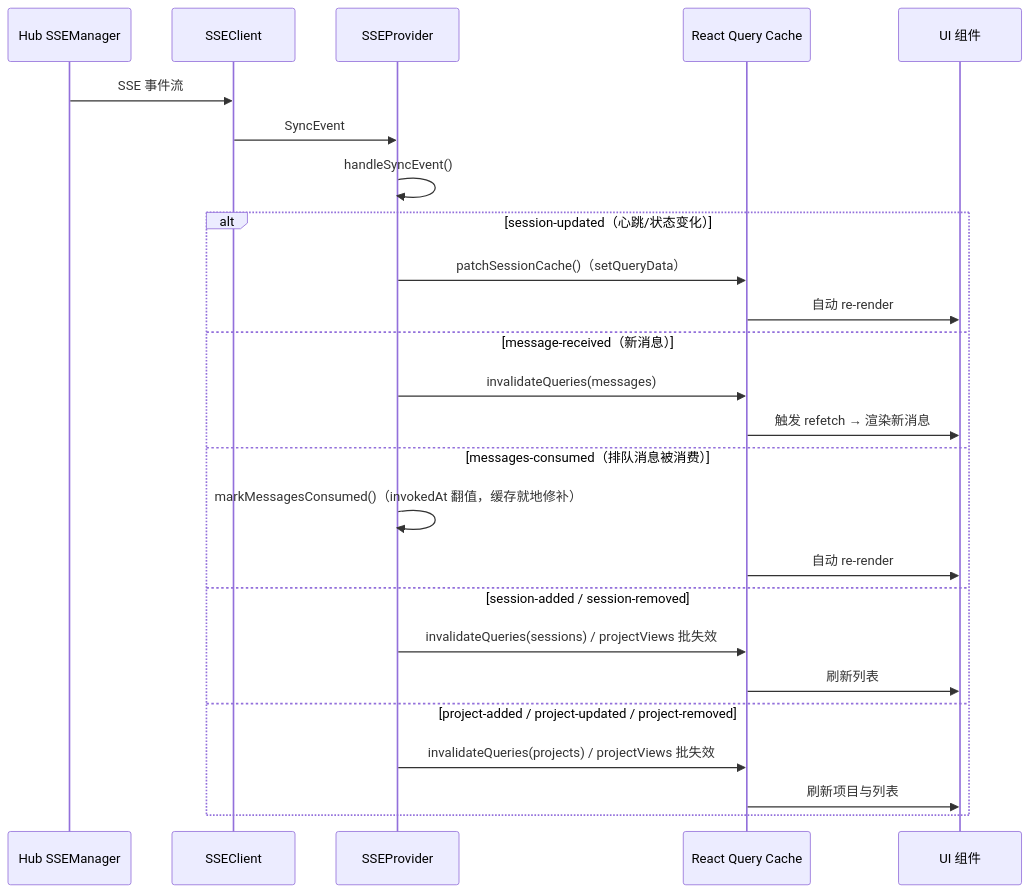
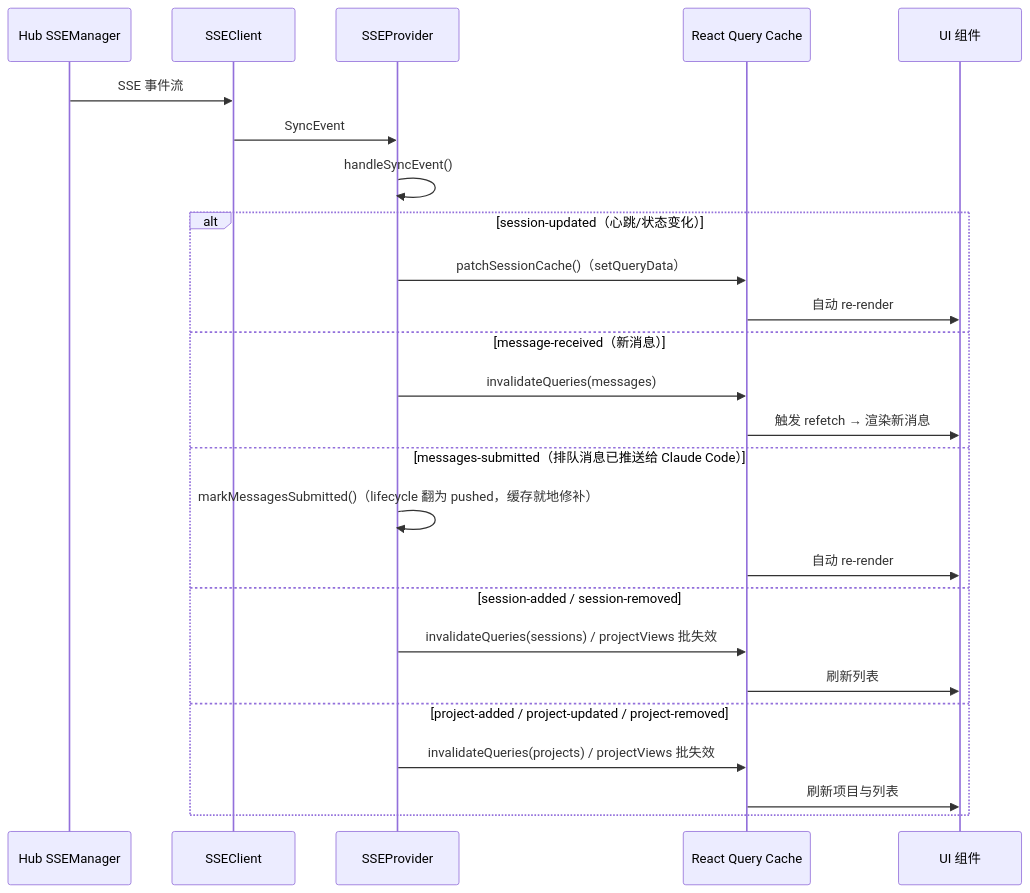
Before and after one commit to ModuBit/mobi: the third of 5 diagrams in docs/architecture/web/README.md, drawn with Mermaid. The commit also changed other lines of this file and 10 other files, not shown here.

Commit message:
docs(architecture): lifecycle P1 字段重构同步——queueState/submittedAt → lifecycle/lifecycleAt

````diff
--- a/docs/architecture/web/README.md
+++ b/docs/architecture/web/README.md
@@ -432,29 +432,29 @@
 ```mermaid
 sequenceDiagram
     participant Hub as Hub SSEManager
     participant SSEClient as SSEClient
     participant Provider as SSEProvider
     participant QC as React Query Cache
     participant UI as UI 组件
 
     Hub->>SSEClient: SSE 事件流
     SSEClient->>Provider: SyncEvent
     Provider->>Provider: handleSyncEvent()
 
     alt session-updated（心跳/状态变化）
         Provider->>QC: patchSessionCache()（setQueryData）
         QC->>UI: 自动 re-render
     else message-received（新消息）
         Provider->>QC: invalidateQueries(messages)
         QC->>UI: 触发 refetch → 渲染新消息
-    else messages-consumed（排队消息被消费）
-        Provider->>Provider: markMessagesConsumed()（invokedAt 翻值，缓存就地修补）
+    else messages-submitted（排队消息已推送给 Claude Code）
+        Provider->>Provider: markMessagesSubmitted()（lifecycle 翻为 pushed，缓存就地修补）
         QC->>UI: 自动 re-render
     else session-added / session-removed
         Provider->>QC: invalidateQueries(sessions) / projectViews 批失效
         QC->>UI: 刷新列表
     else project-added / project-updated / project-removed
         Provider->>QC: invalidateQueries(projects) / projectViews 批失效
         QC->>UI: 刷新项目与列表
     end
 ```
````
